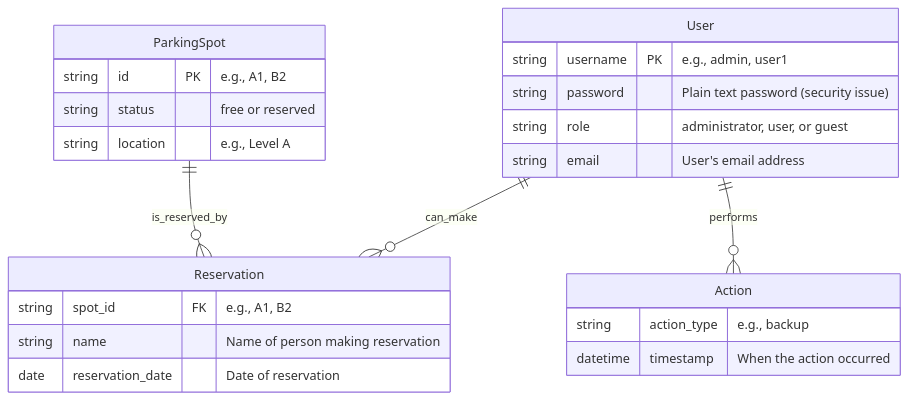
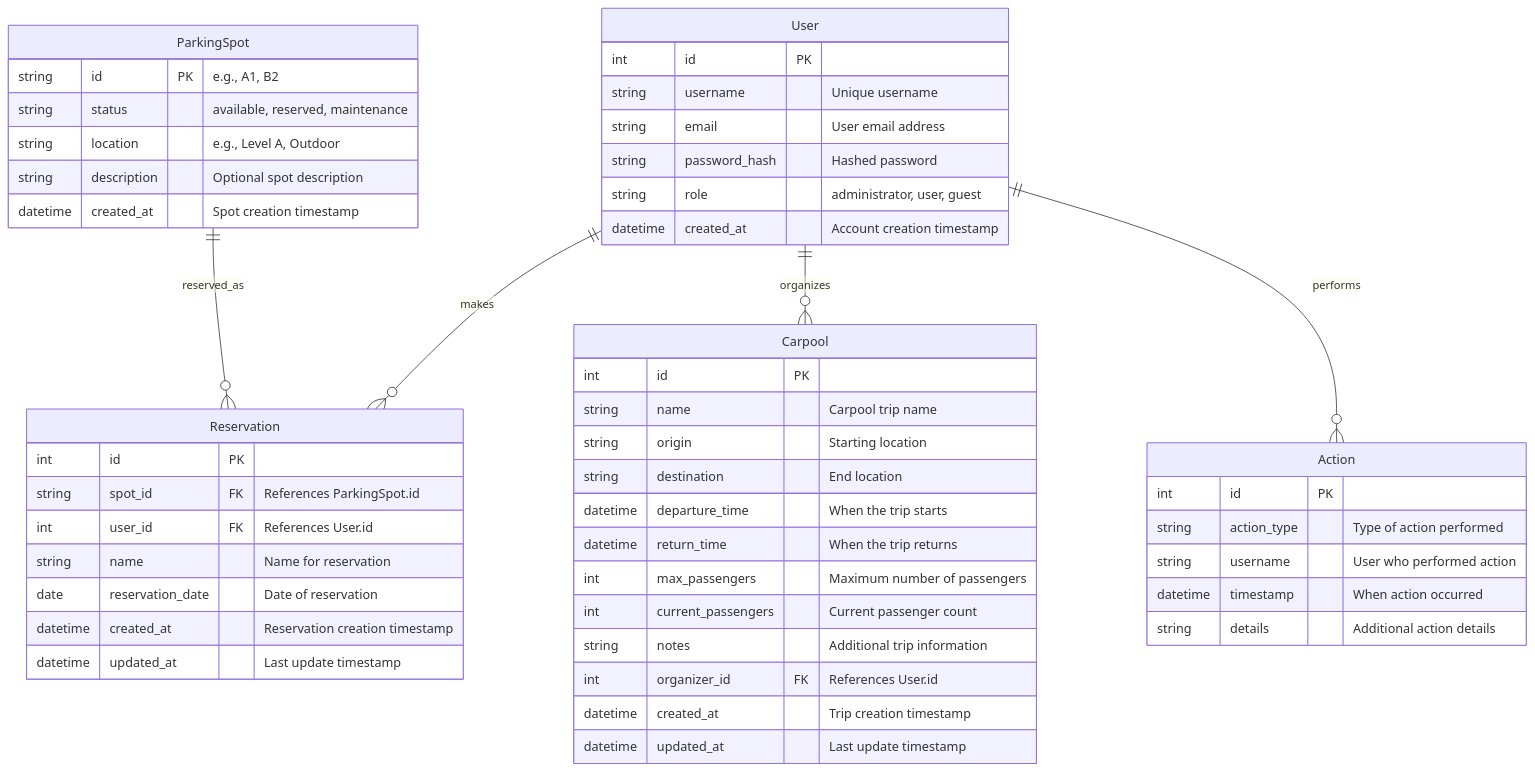
The diagram in README.md (spazyCZ/rbcz_gh-copilot-basic_carpool_clean_1), drawn with Mermaid before and after one commit. The commit also changed other lines of this file and 63 other files, not shown here.

````diff
--- a/README.md
+++ b/README.md
@@ -30,27 +41,57 @@
 ```mermaid
 erDiagram
+    User {
+        int id PK
+        string username "Unique username"
+        string email "User email address"
+        string password_hash "Hashed password"
+        string role "administrator, user, guest"
+        datetime created_at "Account creation timestamp"
+    }
+    
     ParkingSpot {
         string id PK "e.g., A1, B2"
-        string status "free or reserved"
-        string location "e.g., Level A"
-    }
-    Reservation {
-        string spot_id FK "e.g., A1, B2"
-        string name "Name of person making reservation"
-        date reservation_date "Date of reservation"
-    }
-    User {
-        string username PK "e.g., admin, user1"
-        string password "Plain text password (security issue)"
-        string role "administrator, user, or guest"
-        string email "User's email address"
-    }
-    Action {
-        string action_type "e.g., backup"
-        datetime timestamp "When the action occurred"
+        string status "available, reserved, maintenance"
+        string location "e.g., Level A, Outdoor"
+        string description "Optional spot description"
+        datetime created_at "Spot creation timestamp"
     }
     
-    ParkingSpot ||--o{ Reservation : "is_reserved_by"
-    User ||--o{ Reservation : "can_make"
+    Reservation {
+        int id PK
+        string spot_id FK "References ParkingSpot.id"
+        int user_id FK "References User.id"
+        string name "Name for reservation"
+        date reservation_date "Date of reservation"
+        datetime created_at "Reservation creation timestamp"
+        datetime updated_at "Last update timestamp"
+    }
+    
+    Carpool {
+        int id PK
+        string name "Carpool trip name"
+        string origin "Starting location"
+        string destination "End location"
+        datetime departure_time "When the trip starts"
+        datetime return_time "When the trip returns"
+        int max_passengers "Maximum number of passengers"
+        int current_passengers "Current passenger count"
+        string notes "Additional trip information"
+        int organizer_id FK "References User.id"
+        datetime created_at "Trip creation timestamp"
+        datetime updated_at "Last update timestamp"
+    }
+    
+    Action {
+        int id PK
+        string action_type "Type of action performed"
+        string username "User who performed action"
+        datetime timestamp "When action occurred"
+        string details "Additional action details"
+    }
+    
+    User ||--o{ Reservation : "makes"
+    User ||--o{ Carpool : "organizes"
     User ||--o{ Action : "performs"
+    ParkingSpot ||--o{ Reservation : "reserved_as"
 ```
````
